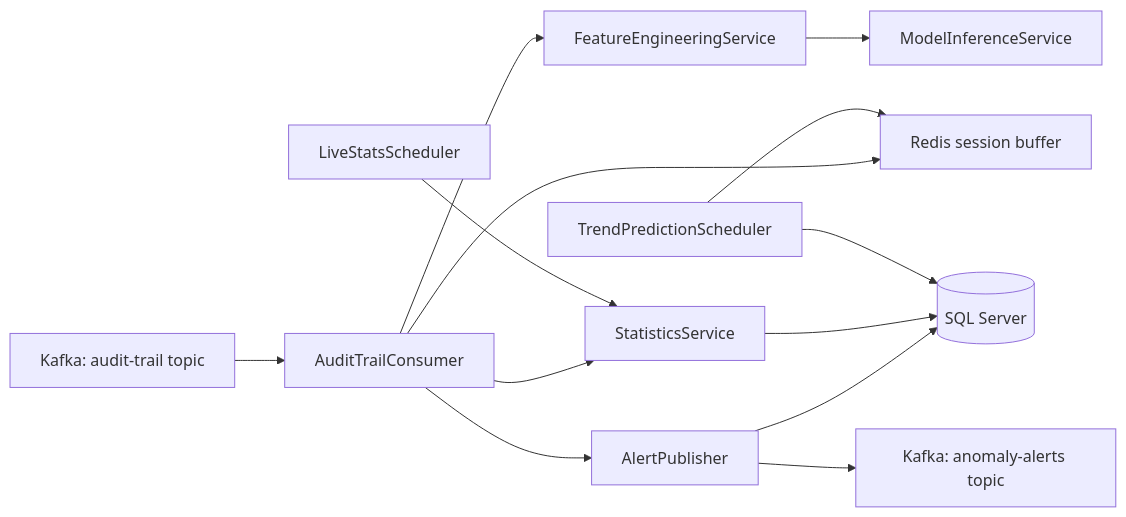
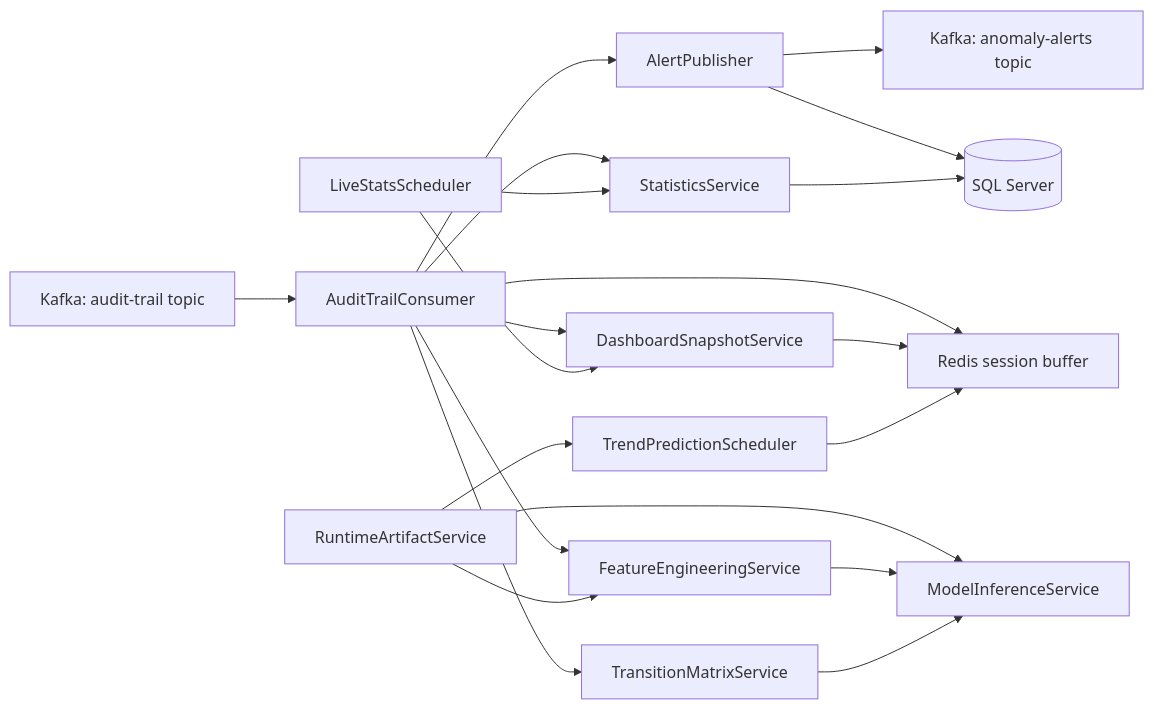
One commit to AlaMadani/Intelligent-Dashboard changed the diagram in Data Processor/README.md. Above: the diagram before and after it, drawn with Mermaid. The commit also changed other lines of this file and 190 other files, not shown here.

````diff
--- a/Data Processor/README.md
+++ b/Data Processor/README.md
@@ -36,15 +37,22 @@
 ```mermaid
 flowchart LR
     A[Kafka: audit-trail topic] --> B[AuditTrailConsumer]
     B --> C[Redis session buffer]
     B --> D[StatisticsService]
     B --> E[FeatureEngineeringService]
-    E --> F[ModelInferenceService]
+    R[RuntimeArtifactService] --> E
+    R --> F[ModelInferenceService]
+    E --> F
+    B --> T[TransitionMatrixService]
+    T --> F
     B --> G[AlertPublisher]
+    B --> P[DashboardSnapshotService]
+    P --> C
     G --> H[Kafka: anomaly-alerts topic]
     G --> I[(SQL Server)]
     D --> I
     J[LiveStatsScheduler] --> D
-    K[TrendPredictionScheduler] --> I
-    K --> C
+    J --> P
+    K[TrendPredictionScheduler] --> C
+    R --> K
 ```
````
